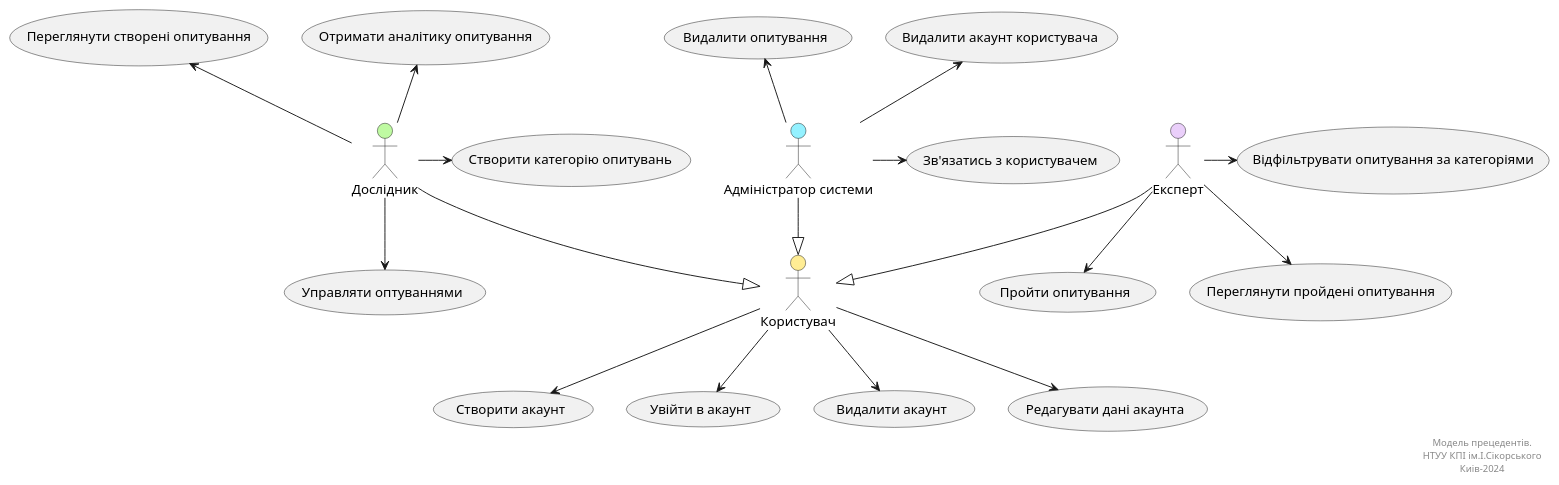
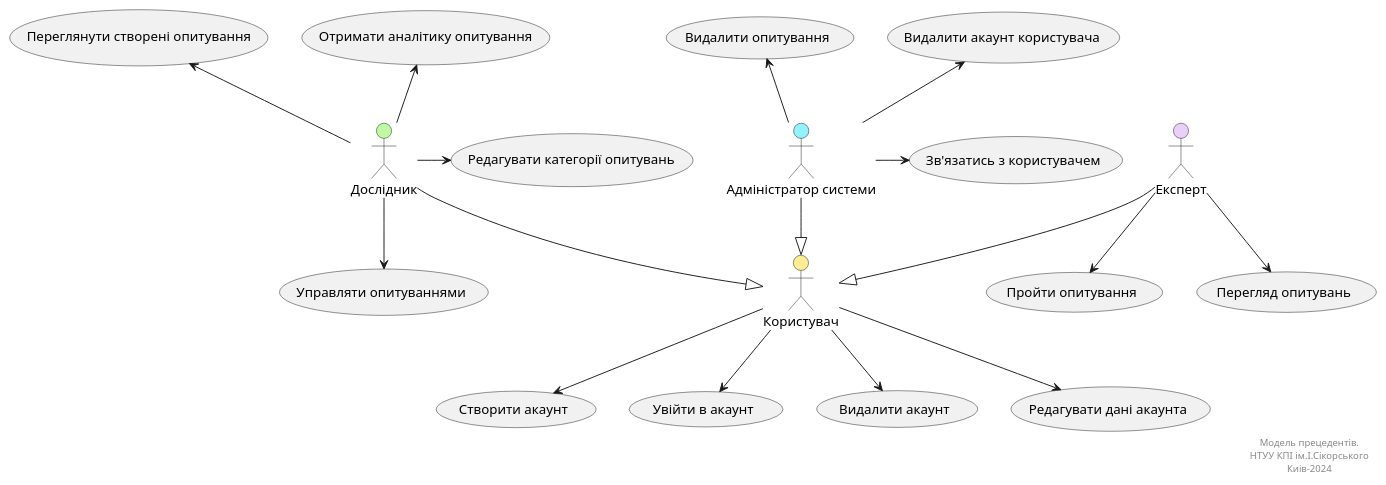
One commit to generalmaks/db_labs changed the first of 2 diagrams in docs/use_cases.md. Above: the diagram before and after it, drawn with PlantUML. The commit also changed other lines of this file, not shown here.

Commit message:
Update diagrams

````diff
--- a/docs/use_cases.md
+++ b/docs/use_cases.md
@@ -11,57 +11,55 @@
 ```plantuml
 @startuml
 
     actor "Користувач" as User #ffed94
     actor "Дослідник" as Researcher #bffaa2
     actor "Експерт" as Expert #eacffa
     actor "Адміністратор системи" as Admin #94f1ff
     
     usecase "Створити акаунт" as UC_1.1
     usecase "Увійти в акаунт" as UC_1.2  
     usecase "Видалити акаунт" as UC_1.3
     usecase "Редагувати дані акаунта" as UC_1.4
     
-    usecase "Управляти оптуваннями" as UC_2.1    
+    usecase "Управляти опитуваннями" as UC_2.1    
     usecase "Отримати аналітику опитування" as UC_2.4
     usecase "Переглянути створені опитування" as UC_2.5
-    usecase "Створити категорію опитувань" as UC_2.6
+    usecase "Редагувати категорії опитувань" as UC_2.6
     
     usecase "Пройти опитування" as UC_3.1
-    usecase "Переглянути пройдені опитування" as UC_3.3
-    usecase "Відфільтрувати опитування за категоріями" as UC_3.4
+    usecase "Перегляд опитувань" as UC_3.2
     
     usecase "Видалити акаунт користувача" as UC_4.1
     usecase "Зв'язатись з користувачем" as UC_4.2
     usecase "Видалити опитування" as UC_4.3
 
     User --> UC_1.1
     User --> UC_1.2
     User --> UC_1.3
     User --> UC_1.4
     
     Researcher --|> User 
     Expert --|> User
     Admin --|> User
     
     Researcher --> UC_2.1
     Researcher -up-> UC_2.4
     Researcher -up-> UC_2.5
     Researcher -> UC_2.6
     
     Expert --> UC_3.1
-    Expert --> UC_3.3
-    Expert -right-> UC_3.4
+    Expert --> UC_3.2
     
     
     Admin -up-> UC_4.1
     Admin -> UC_4.2
     Admin -up-> UC_4.3
     
     right footer
         Модель прецедентів.
         НТУУ КПІ ім.І.Сікорського
         Киів-2024
     end footer
 
 @enduml
 ```
````
